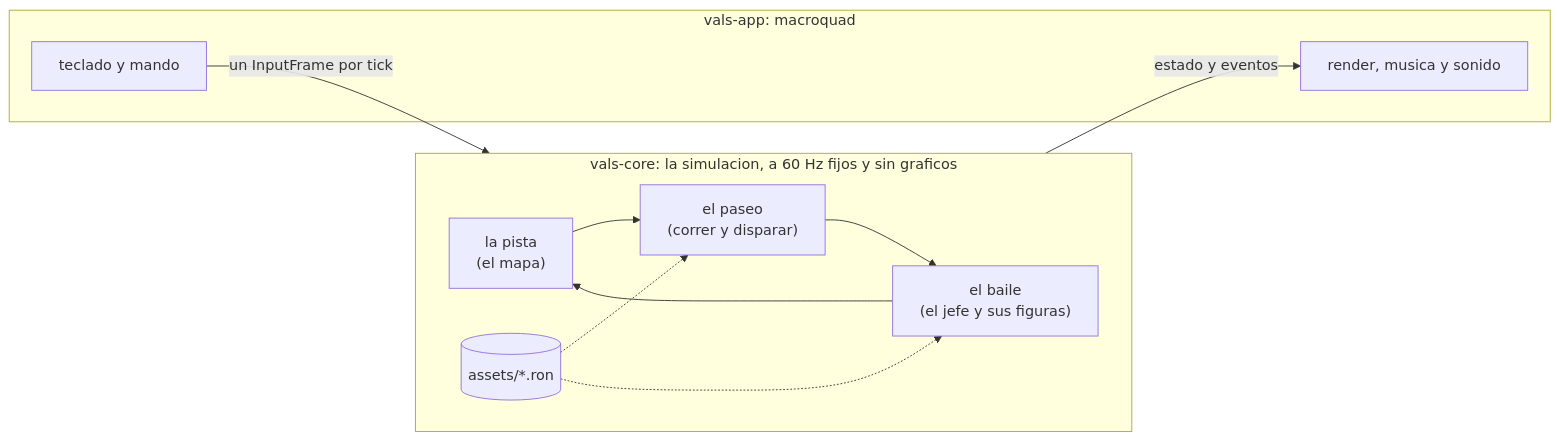
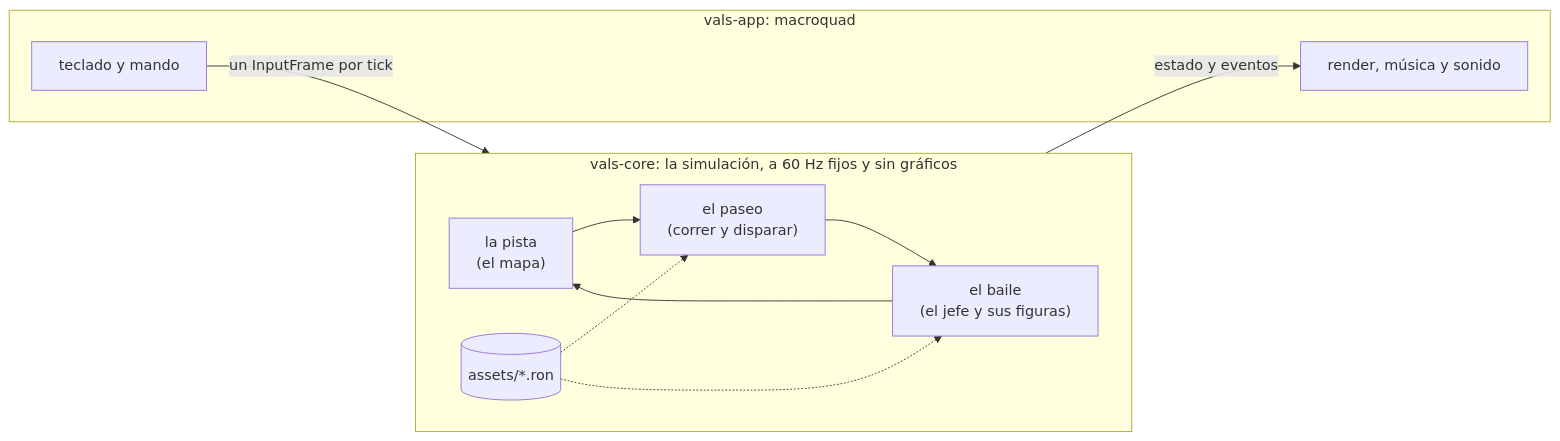
The diagram in README.md (diegocj30/vals), drawn with Mermaid before and after one commit. The commit also changed other lines of this file and 1 other file, not shown here.

````diff
--- a/README.md
+++ b/README.md
@@ -112,15 +98,15 @@
 ```mermaid
 flowchart LR
-    subgraph core["vals-core: la simulacion, a 60 Hz fijos y sin graficos"]
+    subgraph core["vals-core: la simulación, a 60 Hz fijos y sin gráficos"]
         direction LR
         mapa["la pista<br/>(el mapa)"] --> paseo["el paseo<br/>(correr y disparar)"] --> baile["el baile<br/>(el jefe y sus figuras)"] --> mapa
         ron[("assets/*.ron")] -.-> paseo
         ron -.-> baile
     end
     subgraph app["vals-app: macroquad"]
         input["teclado y mando"]
-        salida["render, musica y sonido"]
+        salida["render, música y sonido"]
     end
     input -- "un InputFrame por tick" --> core
     core -- "estado y eventos" --> salida
 ```
````
